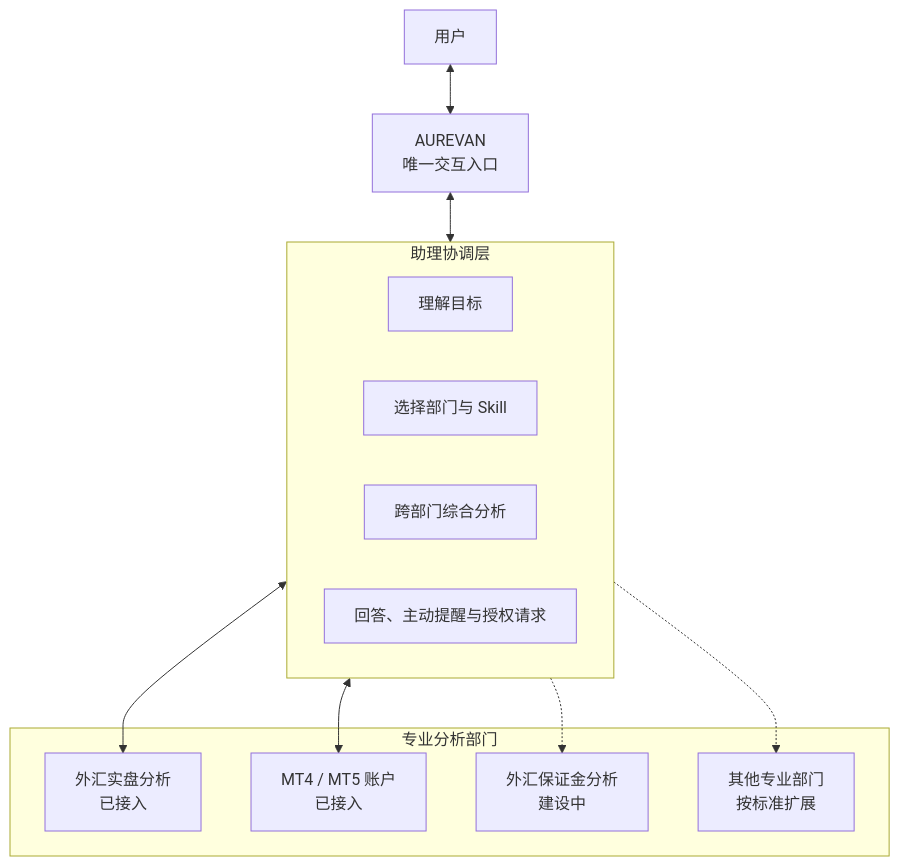
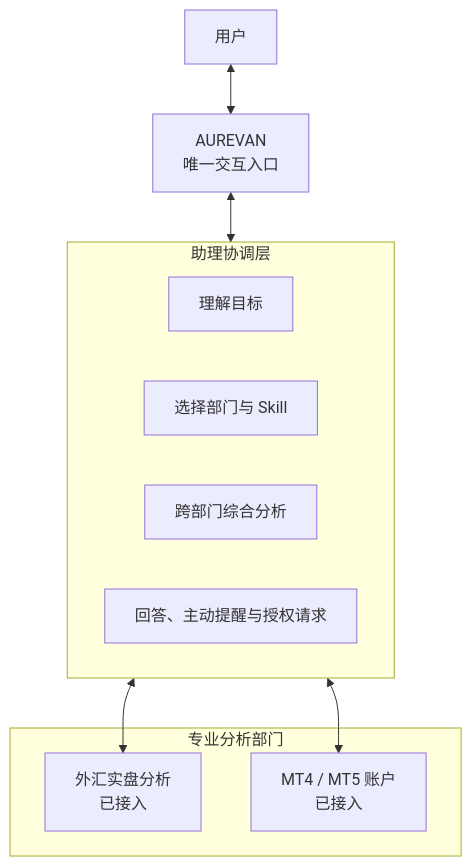
One commit to zhoujianli1990-hue/aurevan-product-case changed the first of 2 diagrams in docs/assistant-and-departments.md. Above: the diagram before and after it, drawn with Mermaid. The commit also changed other lines of this file, not shown here.

````diff
--- a/docs/assistant-and-departments.md
+++ b/docs/assistant-and-departments.md
@@ -11,24 +11,20 @@
 ```mermaid
 flowchart TB
     USER["用户"] <--> AUREVAN["AUREVAN<br/>唯一交互入口"]
 
     subgraph COORDINATION["助理协调层"]
         INTENT["理解目标"]
         DISPATCH["选择部门与 Skill"]
         SYNTHESIS["跨部门综合分析"]
         DELIVERY["回答、主动提醒与授权请求"]
     end
 
     subgraph DEPARTMENTS["专业分析部门"]
         FOREX["外汇实盘分析<br/>已接入"]
         MT["MT4 / MT5 账户<br/>已接入"]
-        MARGIN["外汇保证金分析<br/>建设中"]
-        NEXT["其他专业部门<br/>按标准扩展"]
     end
 
     AUREVAN <--> COORDINATION
     COORDINATION <--> FOREX
     COORDINATION <--> MT
-    COORDINATION -.-> MARGIN
-    COORDINATION -.-> NEXT
 ```
````
